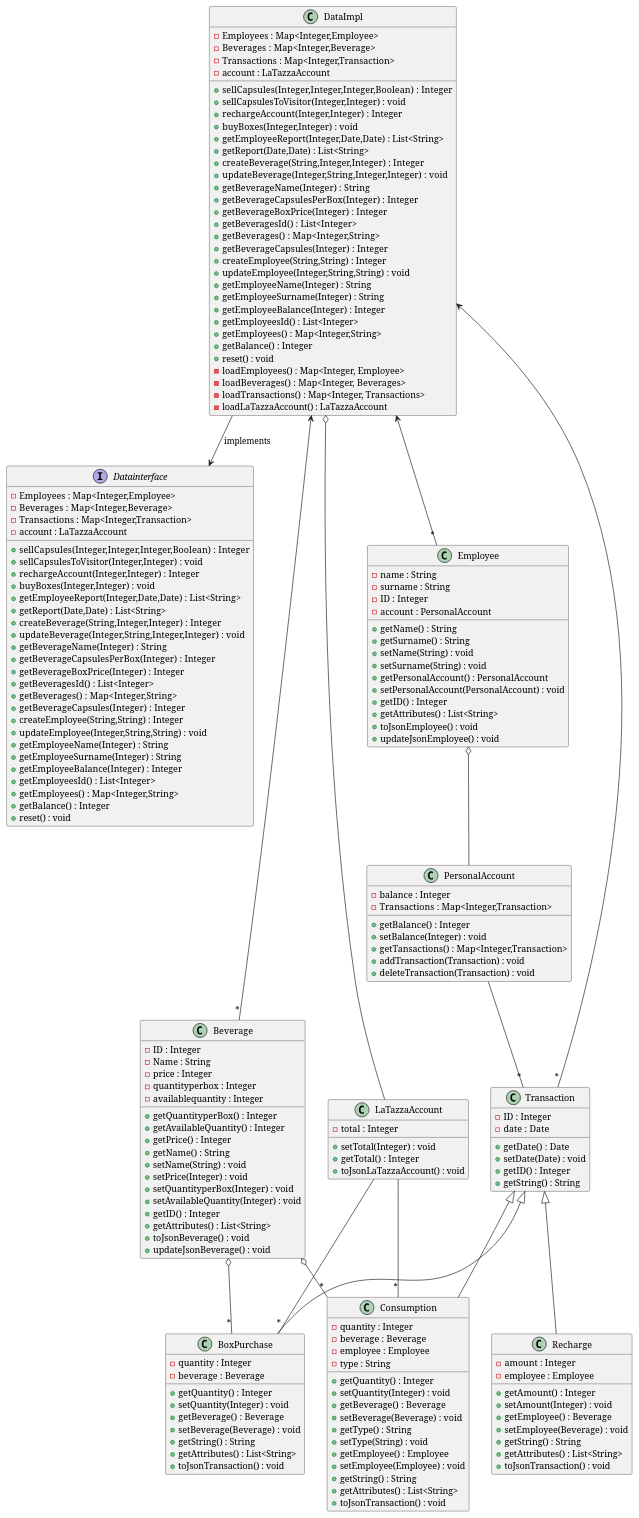
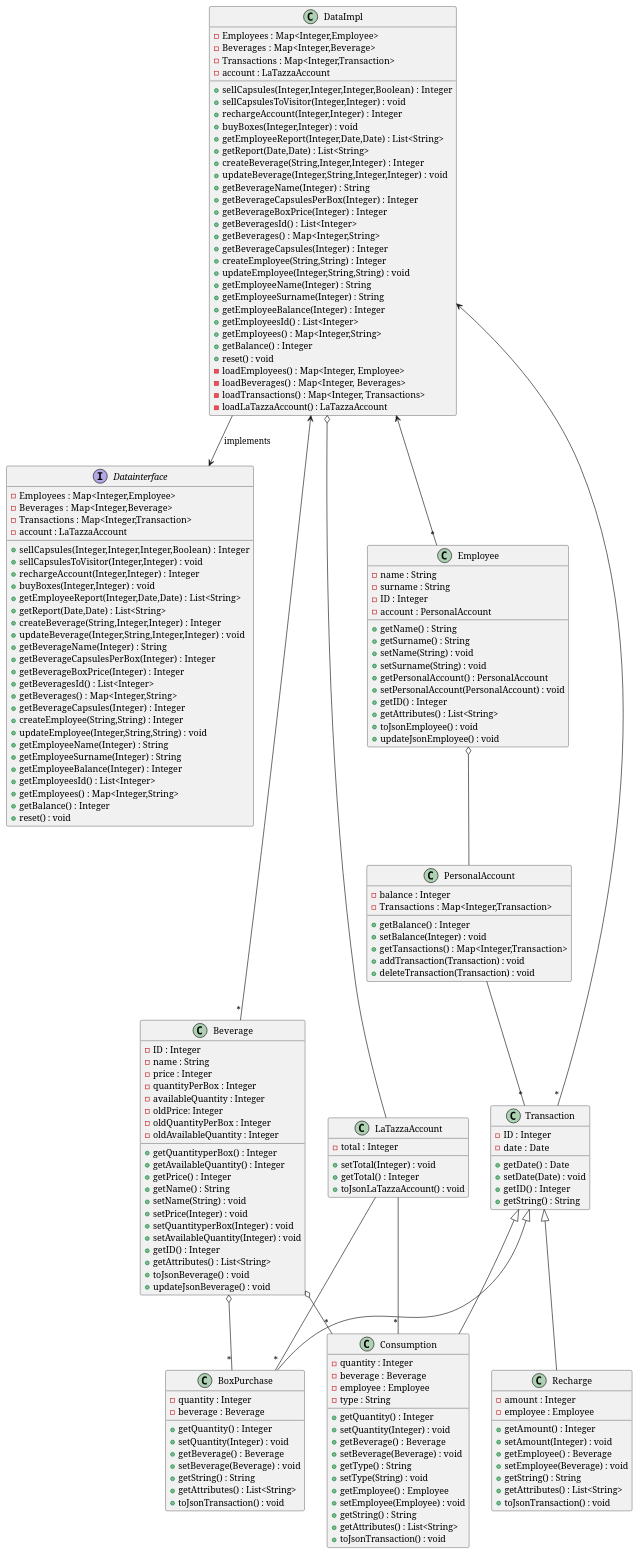
The third of 7 diagrams in templates/DesignDocumentTemplate.md (salvatore-dimartino/LaTazza), drawn with PlantUML before and after one commit.

```diff
--- a/templates/DesignDocumentTemplate.md
+++ b/templates/DesignDocumentTemplate.md
@@ -179,10 +179,14 @@
 
 class Beverage {
     -ID : Integer
-    -Name : String
+    -name : String
     -price : Integer
-    -quantityperbox : Integer
-    -availablequantity : Integer
+    -quantityPerBox : Integer
+    -availableQuantity : Integer
+    -oldPrice: Integer
+    -oldQuantityPerBox : Integer
+    -oldAvailableQuantity : Integer
+    
     
     +getQuantityperBox() : Integer
     +getAvailableQuantity() : Integer
```
